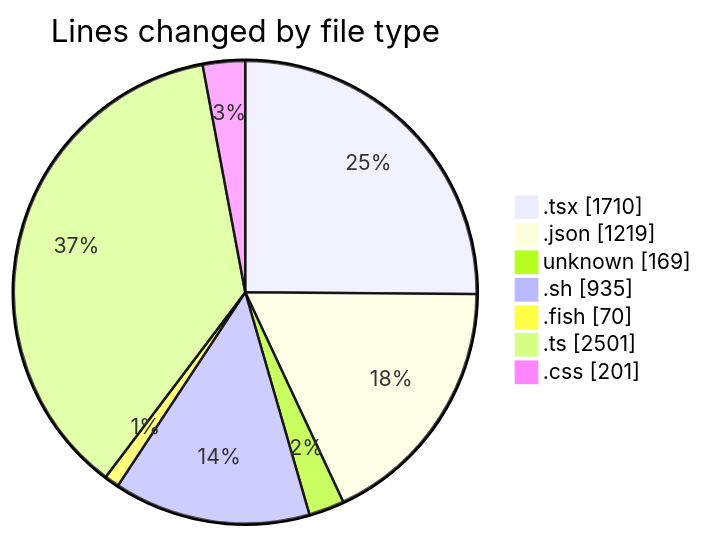
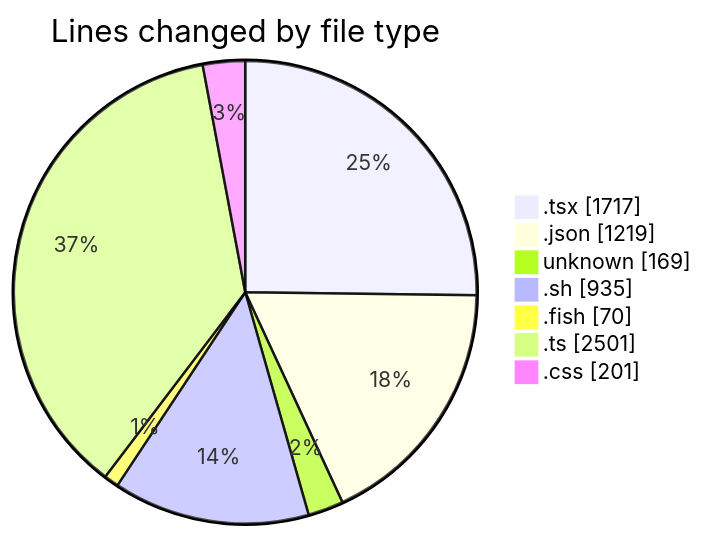
Before and after one commit to EIIisD/code-tracking: the first of 2 diagrams in 2025-07-17/ribbon/README.md, drawn with Mermaid. The commit also changed other lines of this file and 1 other file, not shown here.

````diff
--- a/2025-07-17/ribbon/README.md
+++ b/2025-07-17/ribbon/README.md
@@ -54,11 +54,11 @@
 ```mermaid
 pie showData
 title Lines changed by file type
-".tsx" : 1710
+".tsx" : 1717
 ".json" : 1219
 "unknown" : 169
 ".sh" : 935
 ".fish" : 70
 ".ts" : 2501
 ".css" : 201
 ```
````
